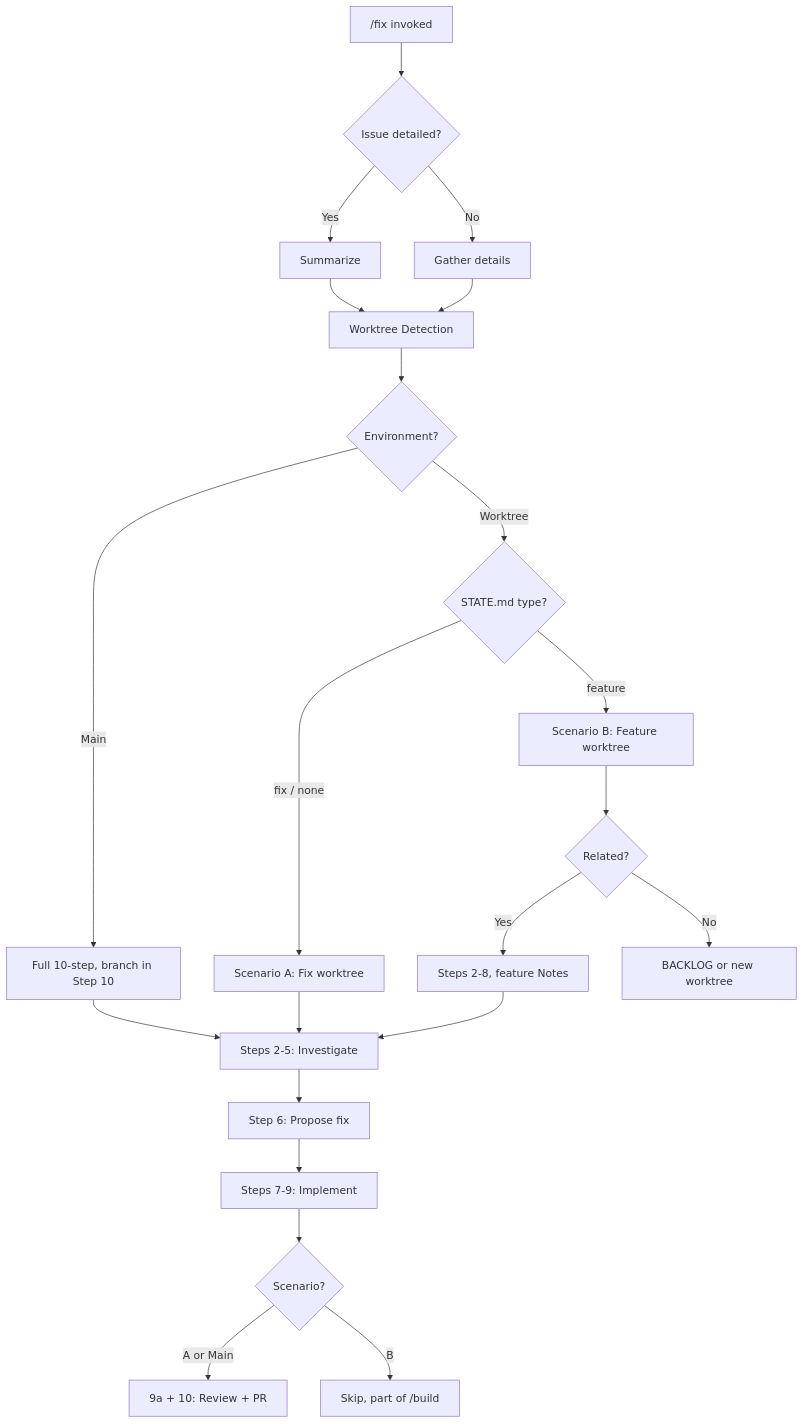
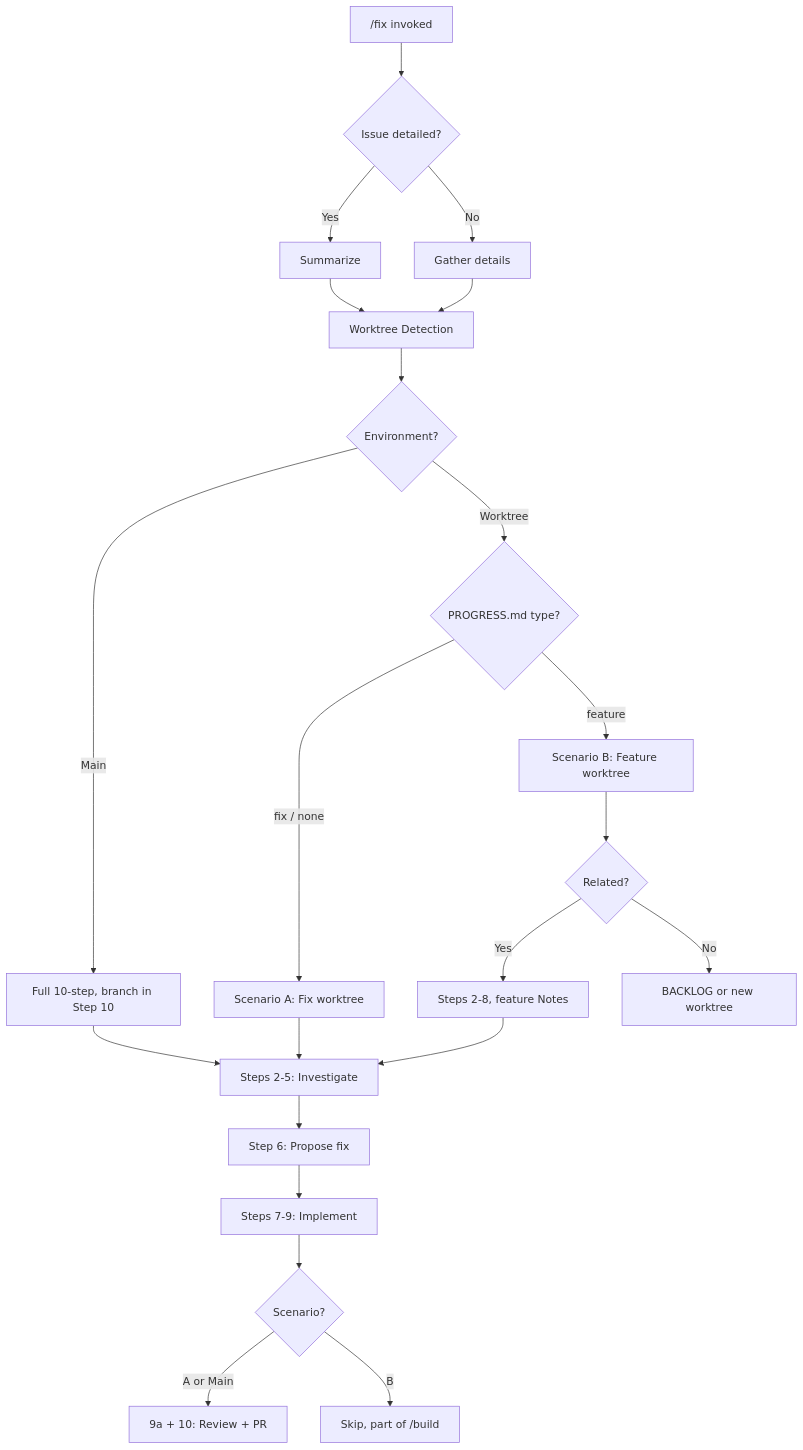
One commit to royhenengel/claude-customizations changed the fourth of 4 diagrams in skills/Planning/my-workflow/docs/workflow-scenario-maps.md. Above: the diagram before and after it, drawn with Mermaid. The commit also changed other lines of this file and 16 other files, not shown here.

````diff
--- a/skills/Planning/my-workflow/docs/workflow-scenario-maps.md
+++ b/skills/Planning/my-workflow/docs/workflow-scenario-maps.md
@@ -259,31 +259,31 @@
 ```mermaid
 flowchart TD
     START["/fix invoked"] --> ISSUE{"Issue detailed?"}
     ISSUE -->|"Yes"| SUMMARIZE["Summarize"]
     ISSUE -->|"No"| GATHER["Gather details"]
 
     SUMMARIZE --> DETECT["Worktree Detection"]
     GATHER --> DETECT
 
     DETECT --> ENV{"Environment?"}
     ENV -->|"Main"| MAIN["Full 10-step, branch in Step 10"]
-    ENV -->|"Worktree"| STATE{"STATE.md type?"}
+    ENV -->|"Worktree"| STATE{"PROGRESS.md type?"}
 
     STATE -->|"fix / none"| A["Scenario A: Fix worktree"]
     STATE -->|"feature"| B["Scenario B: Feature worktree"]
 
     B --> REL{"Related?"}
     REL -->|"Yes"| INFEAT["Steps 2-8, feature Notes"]
     REL -->|"No"| UNREL["BACKLOG or new worktree"]
 
     MAIN --> INVEST["Steps 2-5: Investigate"]
     A --> INVEST
     INFEAT --> INVEST
 
     INVEST --> PROPOSE["Step 6: Propose fix"]
     PROPOSE --> IMPL["Steps 7-9: Implement"]
 
     IMPL --> WHICH{"Scenario?"}
     WHICH -->|"A or Main"| QUALITY["9a + 10: Review + PR"]
     WHICH -->|"B"| SKIP["Skip, part of /build"]
 ```
````
